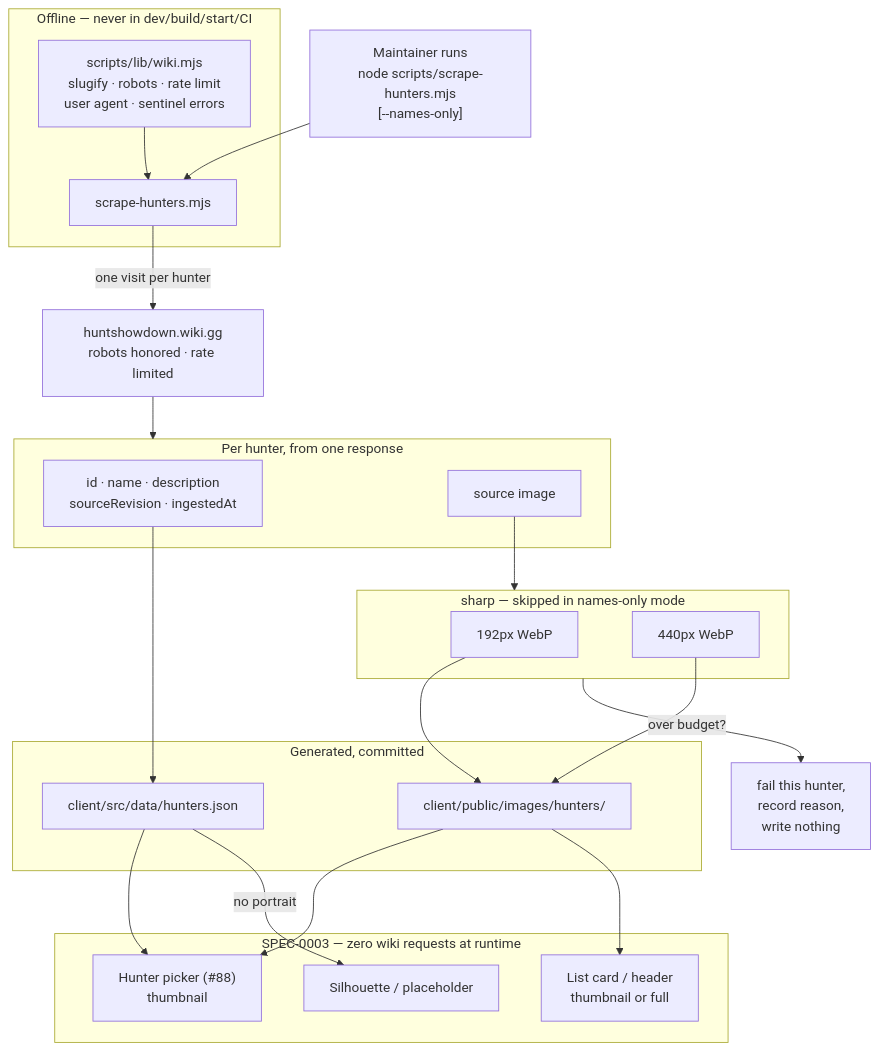
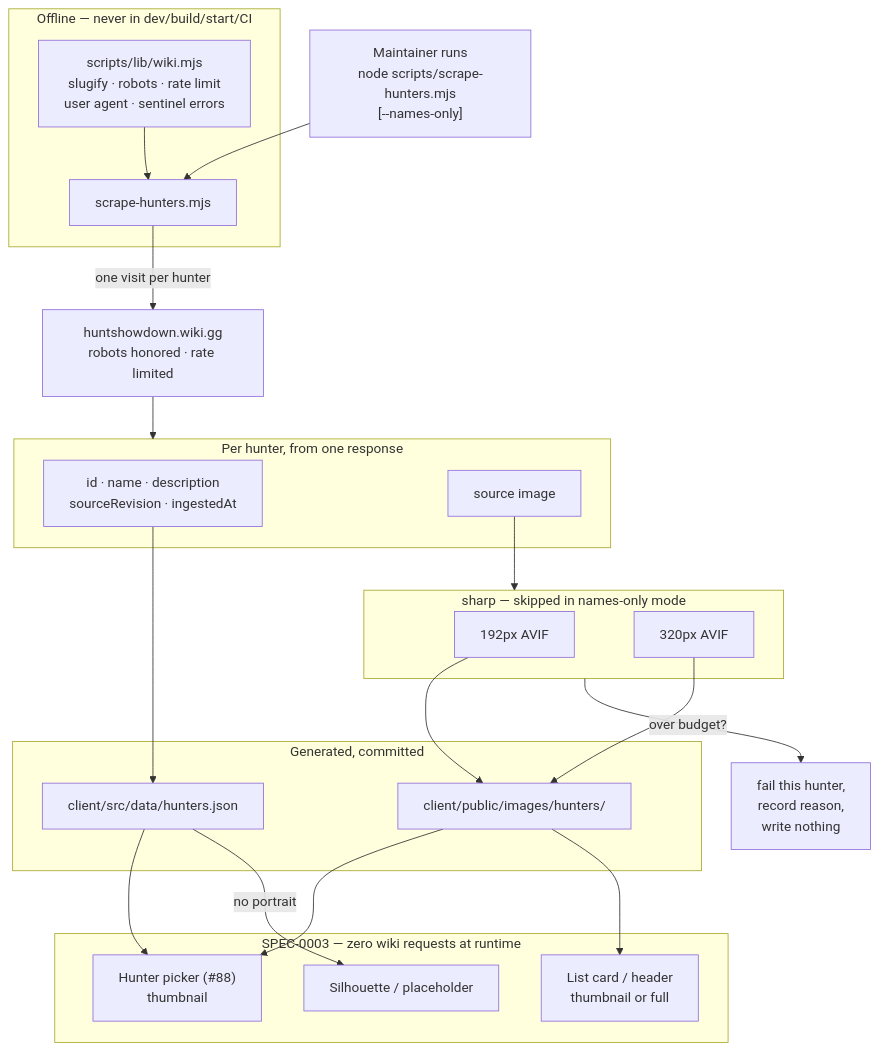
One commit to jonstump/the-outfitter changed the diagram in docs/openspec/specs/hunter-roster-dataset/design.md. Above: the diagram before and after it, drawn with Mermaid. The commit also changed other lines of this file and 2 other files, not shown here.

First line of the commit message:
Right-size portraits to what renders, and switch to AVIF

````diff
--- a/docs/openspec/specs/hunter-roster-dataset/design.md
+++ b/docs/openspec/specs/hunter-roster-dataset/design.md
@@ -102,49 +108,49 @@
 ```mermaid
 flowchart TD
     DEV["Maintainer runs<br/>node scripts/scrape-hunters.mjs<br/>[--names-only]"]
 
     subgraph offline["Offline — never in dev/build/start/CI"]
         LIB["scripts/lib/wiki.mjs<br/>slugify · robots · rate limit<br/>user agent · sentinel errors"]
         SH["scrape-hunters.mjs"]
         LIB --> SH
     end
 
     WIKI["huntshowdown.wiki.gg<br/>robots honored · rate limited"]
     DEV --> SH
     SH -->|"one visit per hunter"| WIKI
 
     WIKI --> PARSE
 
     subgraph PARSE["Per hunter, from one response"]
         META["id · name · description<br/>sourceRevision · ingestedAt"]
         IMG["source image"]
     end
 
     subgraph PROC["sharp — skipped in names-only mode"]
-        T["192px WebP"]
-        F["440px WebP"]
+        T["192px AVIF"]
+        F["320px AVIF"]
     end
 
     IMG --> PROC
     PROC -->|"over budget?"| REJECT["fail this hunter,<br/>record reason,<br/>write nothing"]
 
     subgraph committed["Generated, committed"]
         JSON["client/src/data/hunters.json"]
         ASSETS["client/public/images/hunters/"]
     end
 
     META --> JSON
     T --> ASSETS
     F --> ASSETS
 
     subgraph consumers["SPEC-0003 — zero wiki requests at runtime"]
         PICKER["Hunter picker (#88)<br/>thumbnail"]
         CARD["List card / header<br/>thumbnail or full"]
         PH["Silhouette / placeholder"]
     end
 
     JSON --> PICKER
     ASSETS --> PICKER
     ASSETS --> CARD
     JSON -->|"no portrait"| PH
 ```
````
